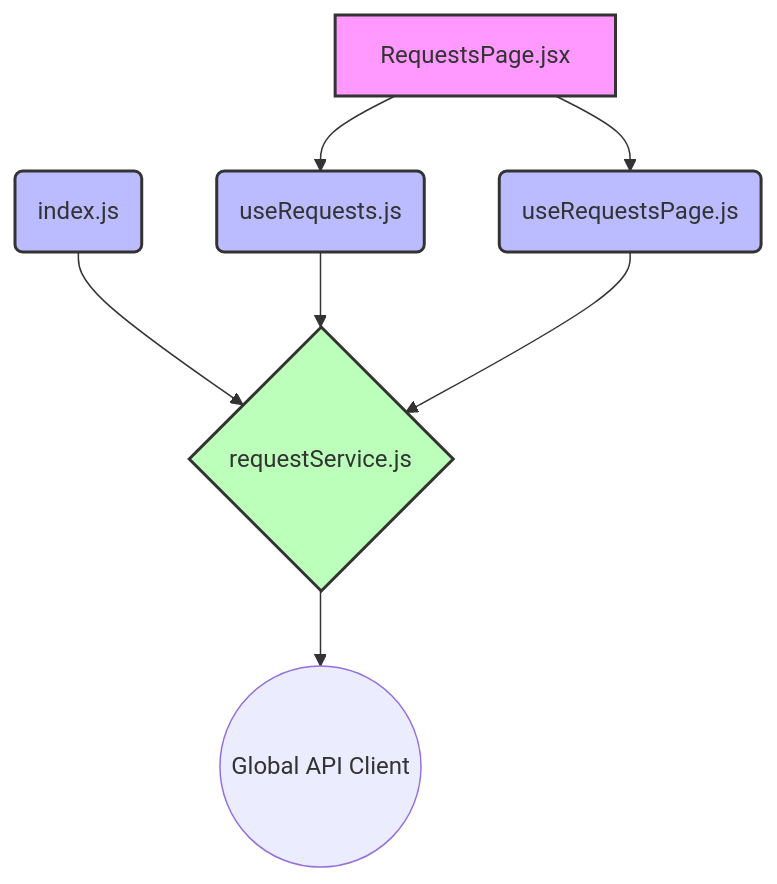
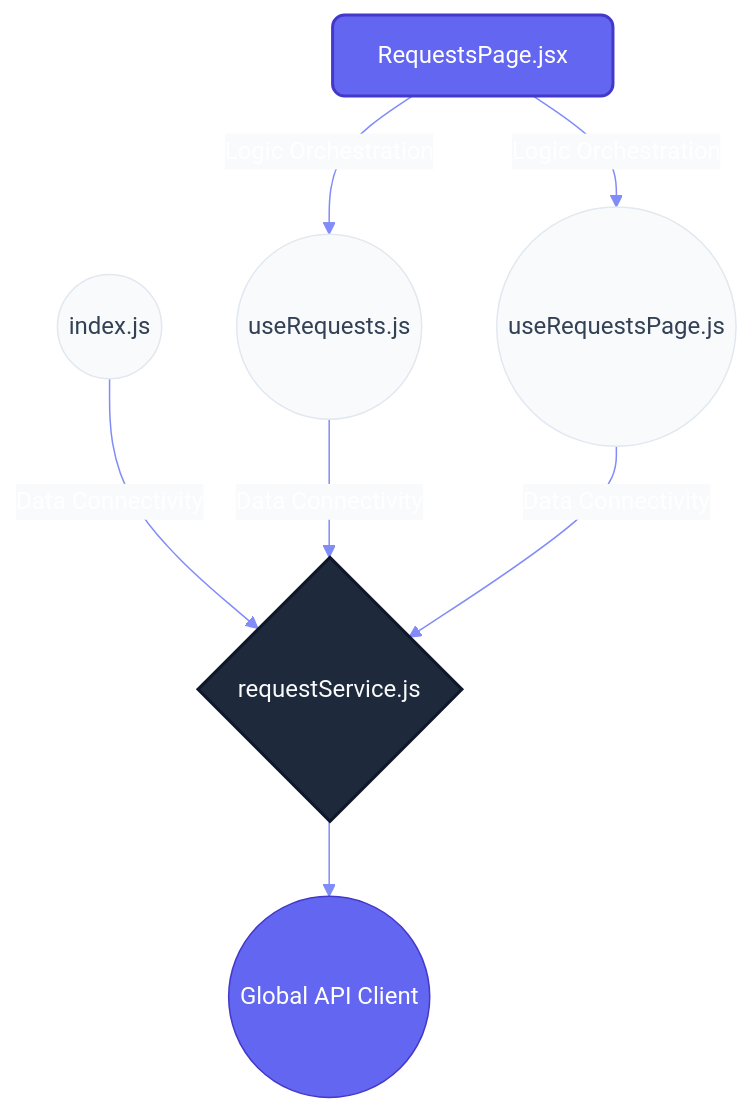
One commit to nexowebai/nexo-superadmin changed the second of 2 diagrams in src/features/requests/README.md. Above: the diagram before and after it, drawn with Mermaid. The commit also changed other lines of this file and 16 other files, not shown here.

````diff
--- a/src/features/requests/README.md
+++ b/src/features/requests/README.md
@@ -30,18 +36,19 @@
 ```mermaid
+%%{init: {'theme': 'base', 'themeVariables': { 'primaryColor': '#6366f1', 'primaryTextColor': '#fff', 'primaryBorderColor': '#4338ca', 'lineColor': '#818cf8', 'secondaryColor': '#f8fafc', 'tertiaryColor': '#e2e8f0'}}}%%
 graph TD
-    classDef page fill:#f9f,stroke:#333,stroke-width:2px;
-    classDef hook fill:#bbf,stroke:#333,stroke-width:2px;
-    classDef service fill:#bfb,stroke:#333,stroke-width:2px;
+    classDef page fill:#6366f1,stroke:#4338ca,stroke-width:2px,color:#fff,rx:8,ry:8;
+    classDef hook fill:#f8fafc,stroke:#e2e8f0,stroke-width:1px,color:#334155,rx:20,ry:20;
+    classDef service fill:#1e293b,stroke:#0f172a,stroke-width:2px,color:#f8fafc,rx:4,ry:4;
 
     RequestsPage[RequestsPage.jsx]:::page
-    RequestsPage --> useRequests
-    RequestsPage --> useRequestsPage
-    index(index.js):::hook
-    index --> requestService
-    useRequests(useRequests.js):::hook
-    useRequests --> requestService
-    useRequestsPage(useRequestsPage.js):::hook
-    useRequestsPage --> requestService
+    RequestsPage --"Logic Orchestration"--> useRequests
+    RequestsPage --"Logic Orchestration"--> useRequestsPage
+    index((index.js)):::hook
+    index --"Data Connectivity"--> requestService
+    useRequests((useRequests.js)):::hook
+    useRequests --"Data Connectivity"--> requestService
+    useRequestsPage((useRequestsPage.js)):::hook
+    useRequestsPage --"Data Connectivity"--> requestService
     requestService{requestService.js}:::service
-    requestService --> API_Client((Global API Client))
+    requestService --> API_CORE((Global API Client))
 ```
````
